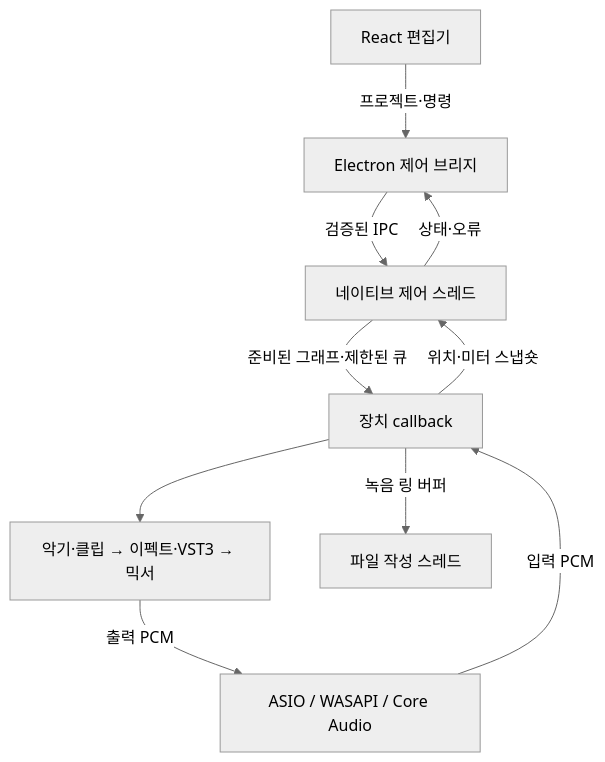
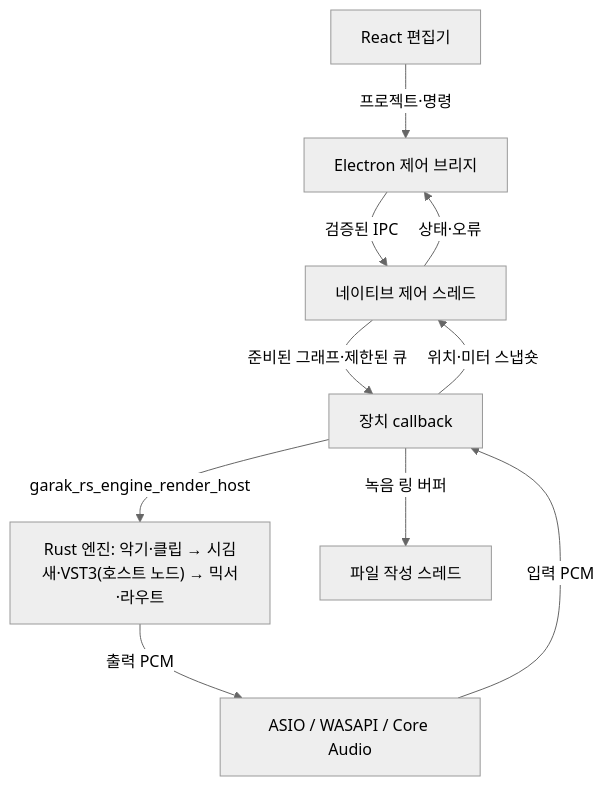
One commit to songchez/garak-ieum changed the diagram in docs/NATIVE_AUDIO.md. Above: the diagram before and after it, drawn with Mermaid (neutral theme). The commit also changed other lines of this file and 22 other files, not shown here.

First line of the commit message:
docs: describe the unified Rust engine in the README and docs

````diff
--- a/docs/NATIVE_AUDIO.md
+++ b/docs/NATIVE_AUDIO.md
@@ -11,12 +13,12 @@
 ```mermaid
 flowchart TD
   UI["React 편집기"] -->|"프로젝트·명령"| Bridge["Electron 제어 브리지"]
   Bridge -->|"검증된 IPC"| Control["네이티브 제어 스레드"]
   Control -->|"준비된 그래프·제한된 큐"| Audio["장치 callback"]
   Device["ASIO / WASAPI / Core Audio"] -->|"입력 PCM"| Audio
-  Audio --> Graph["악기·클립 → 이펙트·VST3 → 믹서"]
+  Audio -->|"garak_rs_engine_render_host"| Graph["Rust 엔진: 악기·클립 → 시김새·VST3(호스트 노드) → 믹서·라우트"]
   Graph -->|"출력 PCM"| Device
   Audio -->|"녹음 링 버퍼"| Writer["파일 작성 스레드"]
   Audio -->|"위치·미터 스냅숏"| Control
   Control -->|"상태·오류"| Bridge
 ```
````
